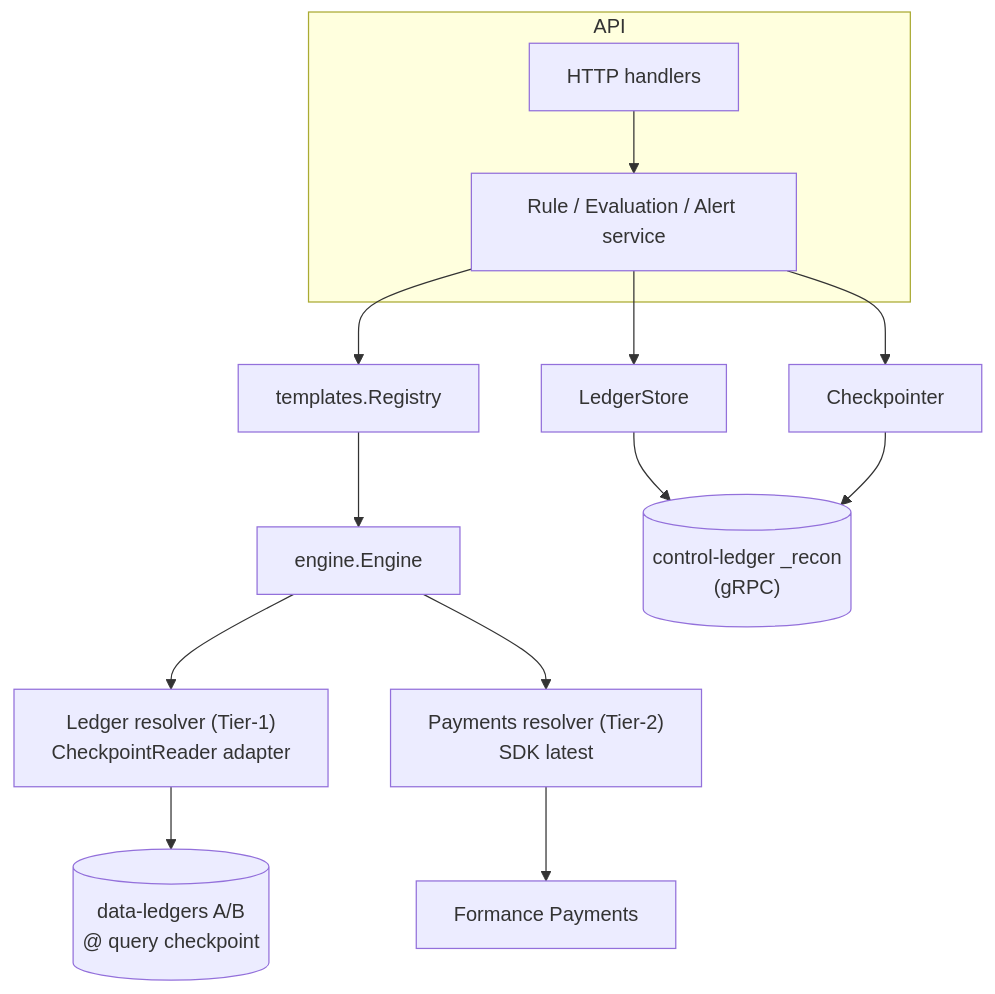
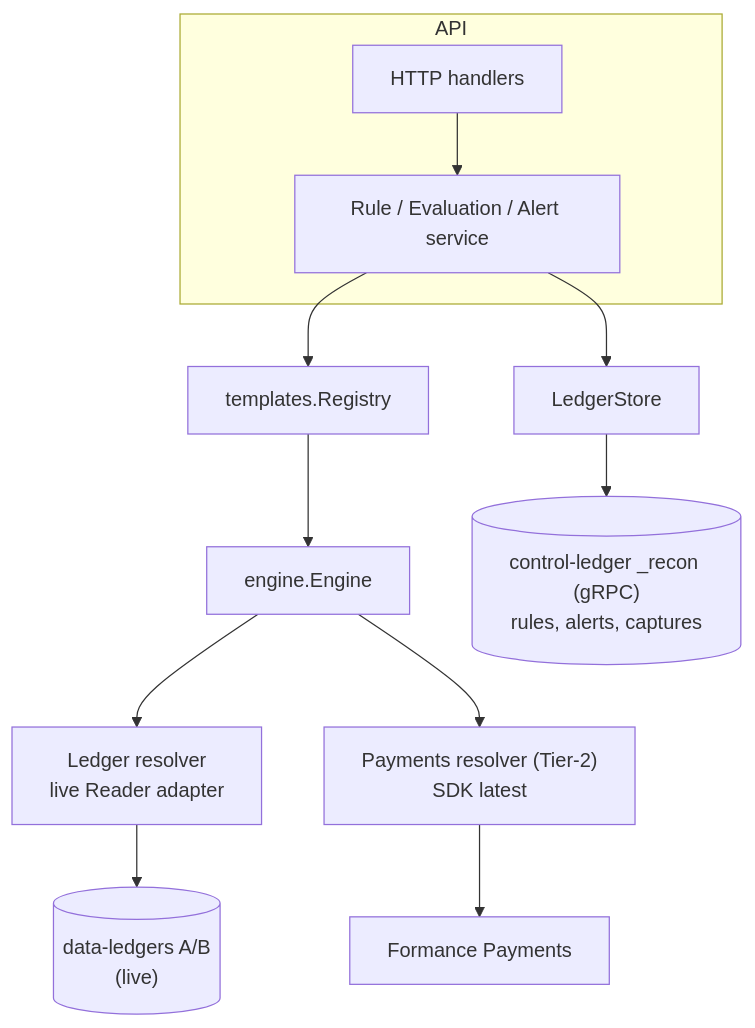
The first of 3 diagrams in docs/technical/architecture.md (formancehq/reconciliation), drawn with Mermaid before and after one commit. The commit also changed other lines of this file and 4 other files, not shown here.

First line of the commit message:
docs(ledger-v3): sync docs to the checkpoint-alternative model (step 4)

````diff
--- a/docs/technical/architecture.md
+++ b/docs/technical/architecture.md
@@ -45,16 +47,14 @@
 ```mermaid
 flowchart TB
     subgraph API
         HTTP[HTTP handlers] --> Svc[Rule / Evaluation / Alert service]
     end
     Svc --> Reg[templates.Registry]
     Svc --> Store[LedgerStore]
-    Svc --> CP[Checkpointer]
     Reg --> Eng[engine.Engine]
-    Eng --> LR["Ledger resolver (Tier-1)<br/>CheckpointReader adapter"]
+    Eng --> LR["Ledger resolver<br/>live Reader adapter"]
     Eng --> PR["Payments resolver (Tier-2)<br/>SDK latest"]
-    Store --> Recon[("control-ledger _recon<br/>(gRPC)")]
-    CP --> Recon
-    LR --> Data[("data-ledgers A/B<br/>@ query checkpoint")]
+    Store --> Recon[("control-ledger _recon (gRPC)<br/>rules, alerts, captures")]
+    LR --> Data[("data-ledgers A/B<br/>(live)")]
     PR --> Payments[Formance Payments]
 ```
````
